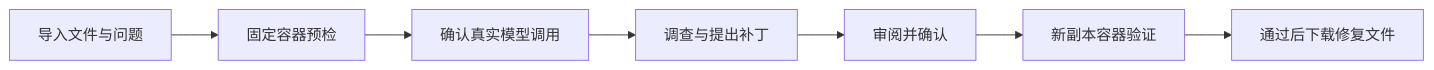
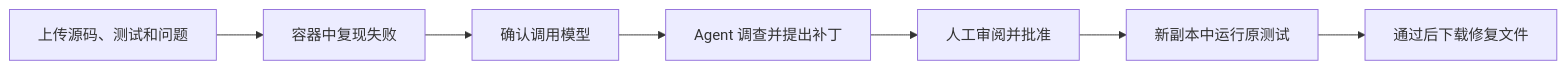
Before and after one commit to oNanachii/patchtrail: the diagram in README.md, drawn with Mermaid. The commit also changed other lines of this file and 18 other files, not shown here.

````diff
--- a/README.md
+++ b/README.md
@@ -21,9 +19,9 @@
 ```mermaid
 flowchart LR
-  U[导入文件与问题] --> B[固定容器预检]
-  B --> C[确认真实模型调用]
-  C --> D[调查与提出补丁]
-  D --> A[审阅并确认]
-  A --> V[新副本容器验证]
+  U[上传源码、测试和问题] --> B[容器中复现失败]
+  B --> C[确认调用模型]
+  C --> D[Agent 调查并提出补丁]
+  D --> A[人工审阅并批准]
+  A --> V[新副本中运行原测试]
   V --> S[通过后下载修复文件]
 ```
````
